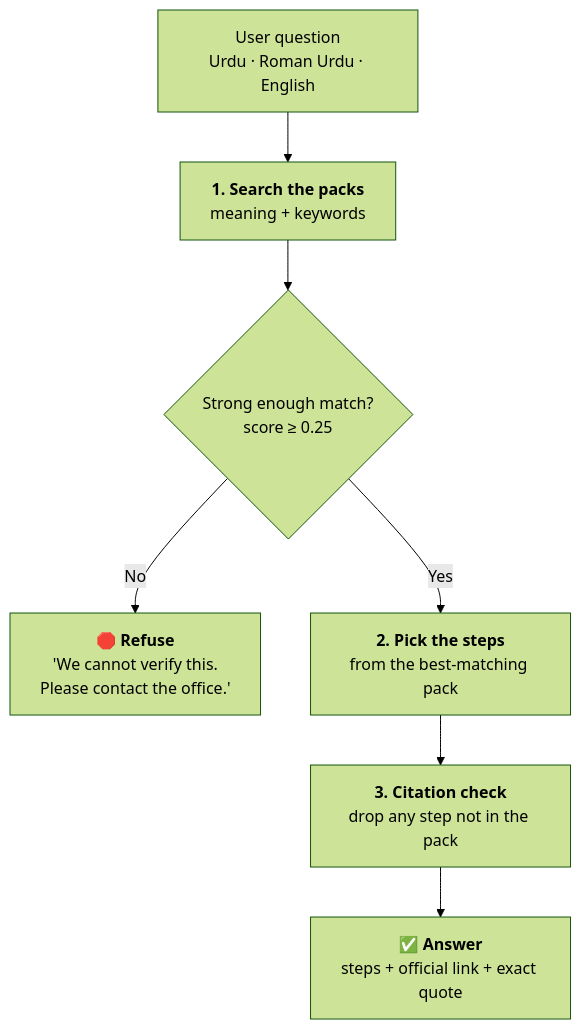
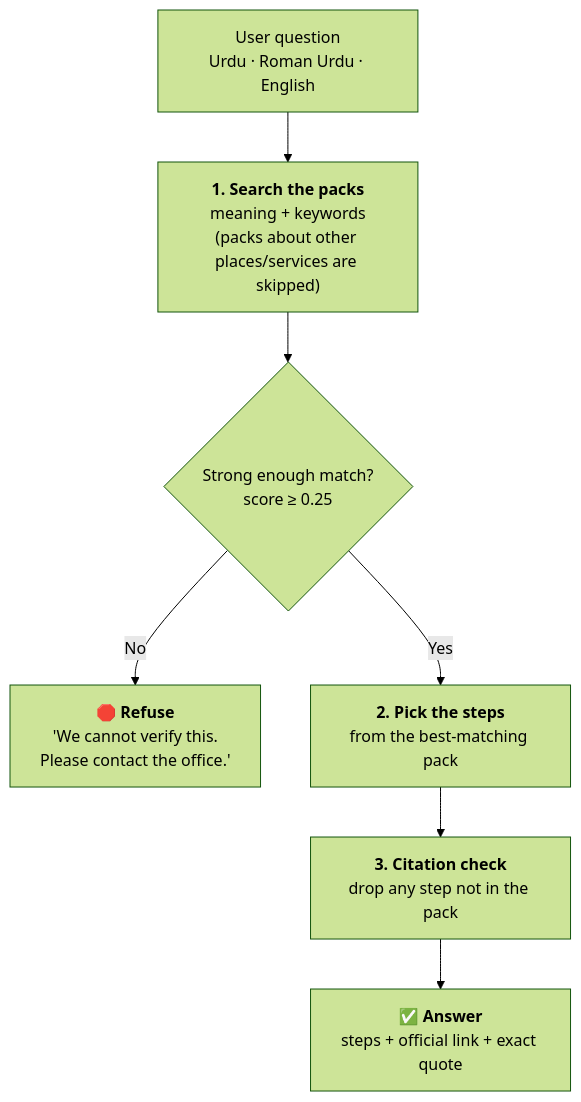
The diagram in eval/README.md (malaikamalik23/Haqdar), drawn with Mermaid (forest theme) before and after one commit. The commit also changed other lines of this file, not shown here.

Commit message:
docs(eval): update AI README for 4 packs, 52-question evaluation and retrieval fixes

````diff
--- a/eval/README.md
+++ b/eval/README.md
@@ -25,9 +25,9 @@
 ```mermaid
 flowchart TD
-    Q["User question<br/>Urdu · Roman Urdu · English"] --> R["<b>1. Search the packs</b><br/>meaning + keywords"]
+    Q["User question<br/>Urdu · Roman Urdu · English"] --> R["<b>1. Search the packs</b><br/>meaning + keywords<br/>(packs about other places/services are skipped)"]
     R --> C{"Strong enough match?<br/>score ≥ 0.25"}
     C -- No --> A["🛑 <b>Refuse</b><br/>'We cannot verify this.<br/>Please contact the office.'"]
     C -- Yes --> S["<b>2. Pick the steps</b><br/>from the best-matching pack"]
     S --> V["<b>3. Citation check</b><br/>drop any step not in the pack"]
     V --> OUT["✅ <b>Answer</b><br/>steps + official link + exact quote"]
 ```
````
